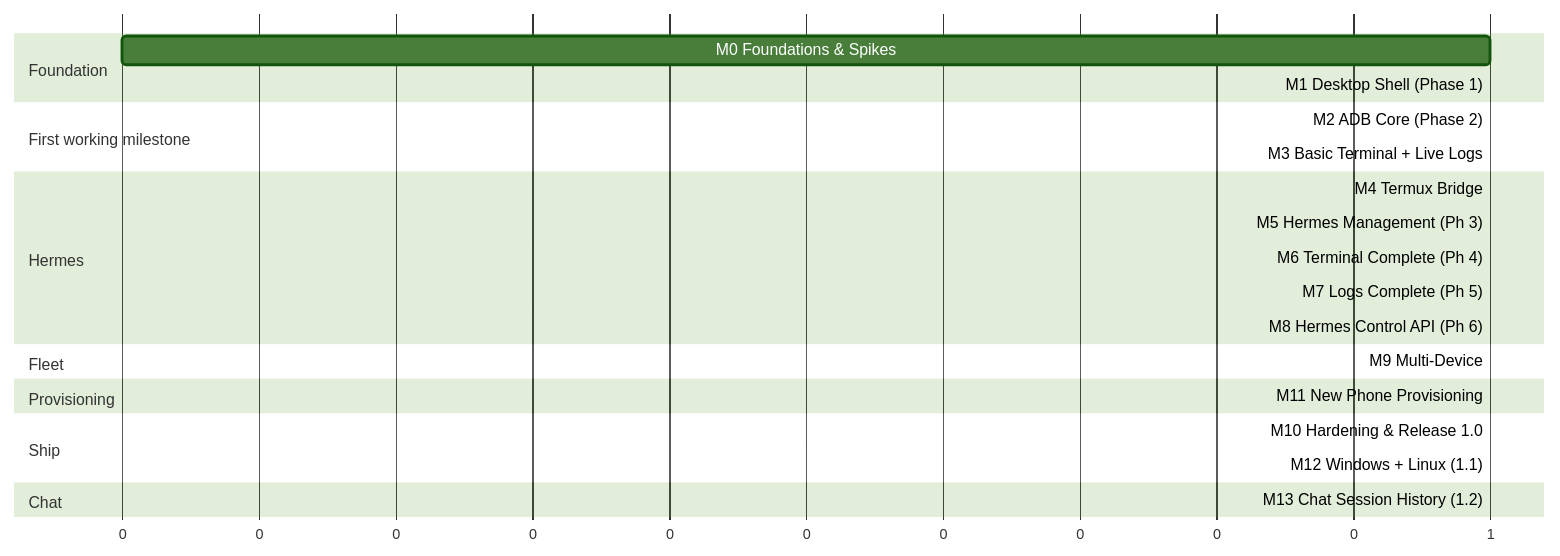
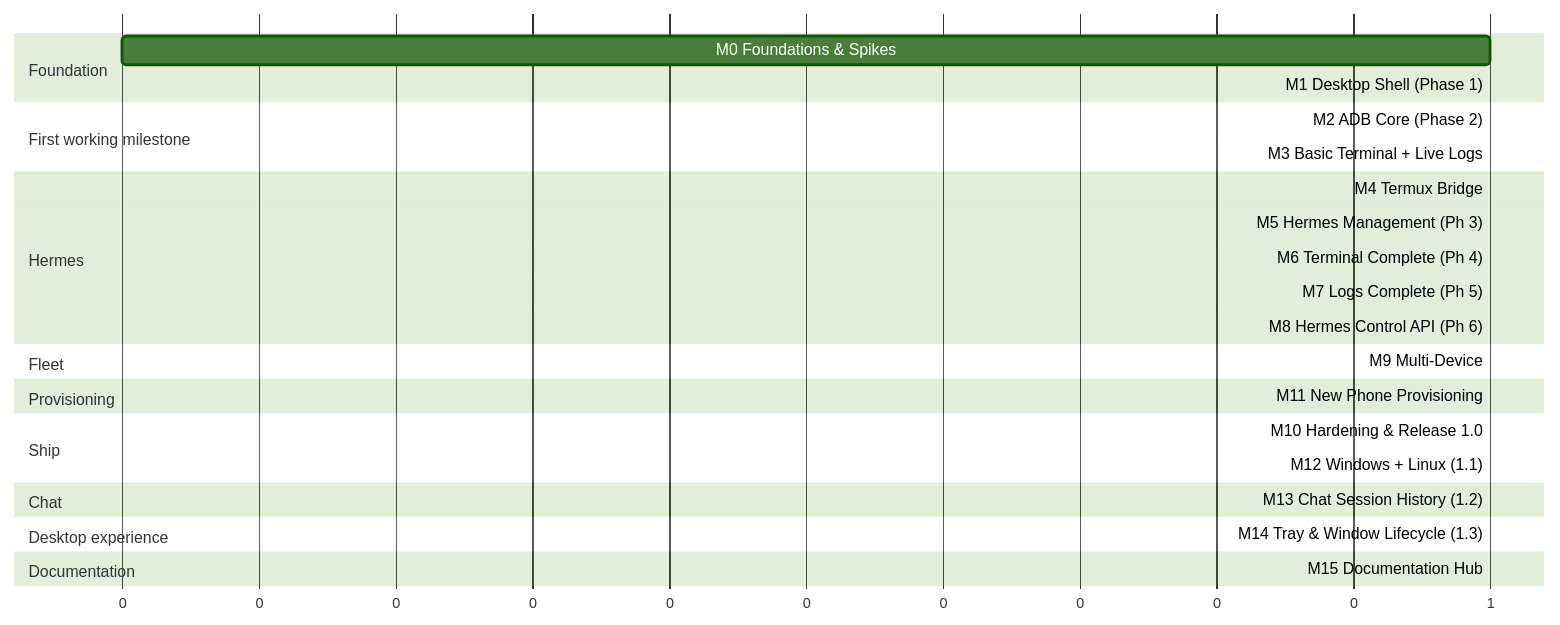
Before and after one commit to chesteralan/hermes-android-control-center: the diagram in docs/MILESTONES.md, drawn with Mermaid (forest theme). The commit also changed other lines of this file and 4 other files, not shown here.

Commit message:
docs: add searchable documentation hub milestone

````diff
--- a/docs/MILESTONES.md
+++ b/docs/MILESTONES.md
@@ -5,26 +5,30 @@
 ```mermaid
 gantt
   dateFormat X
   axisFormat %s
   section Foundation
   M0 Foundations & Spikes      :m0, 0, 1
   M1 Desktop Shell (Phase 1)   :m1, after m0, 1
   section First working milestone
   M2 ADB Core (Phase 2)        :m2, after m1, 1
   M3 Basic Terminal + Live Logs:m3, after m2, 1
   section Hermes
   M4 Termux Bridge             :m4, after m3, 1
   M5 Hermes Management (Ph 3)  :m5, after m4, 1
   M6 Terminal Complete (Ph 4)  :m6, after m5, 1
   M7 Logs Complete (Ph 5)      :m7, after m5, 1
   M8 Hermes Control API (Ph 6) :m8, after m7, 1
   section Fleet
   M9 Multi-Device              :m9, after m7, 1
   section Provisioning
   M11 New Phone Provisioning   :m11, after m6, 1
   section Ship
   M10 Hardening & Release 1.0  :m10, after m9 m11, 1
   M12 Windows + Linux (1.1)    :m12, after m10, 1
   section Chat
   M13 Chat Session History (1.2) :m13, after m12, 1
+  section Desktop experience
+  M14 Tray & Window Lifecycle (1.3) :m14, after m13, 1
+  section Documentation
+  M15 Documentation Hub :m15, after m14, 1
 ```
````
